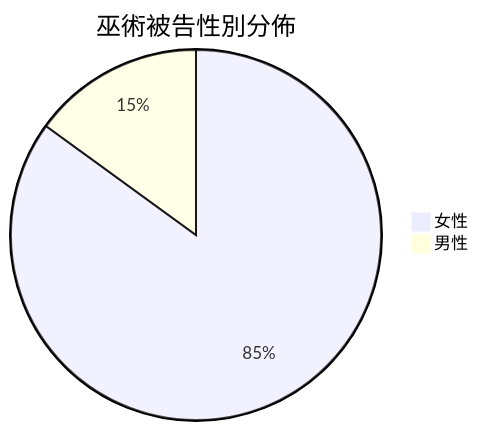
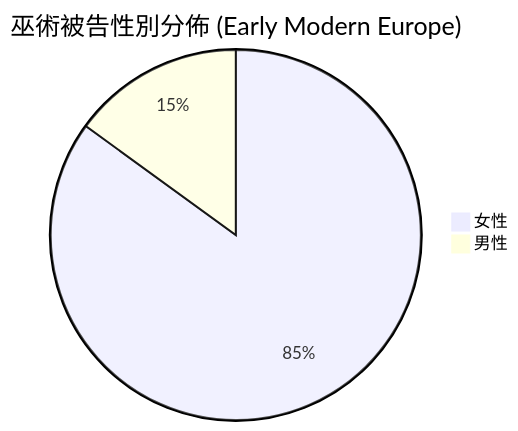
Before and after one commit to yip-lgtm/HKU-Harvard-History-Self-Study: the seventh of 10 diagrams in 01_HKU_Courses/HIST2213_Witchcraft_Magic.md, drawn with Mermaid. The commit also changed other lines of this file and 65 other files, not shown here.

````diff
--- a/01_HKU_Courses/HIST2213_Witchcraft_Magic.md
+++ b/01_HKU_Courses/HIST2213_Witchcraft_Magic.md
@@ -101,5 +353,5 @@
 ```mermaid
-pie title 巫術被告性別分佈
+pie title 巫術被告性別分佈 (Early Modern Europe)
     "女性" : 85
     "男性" : 15
 ```
````
